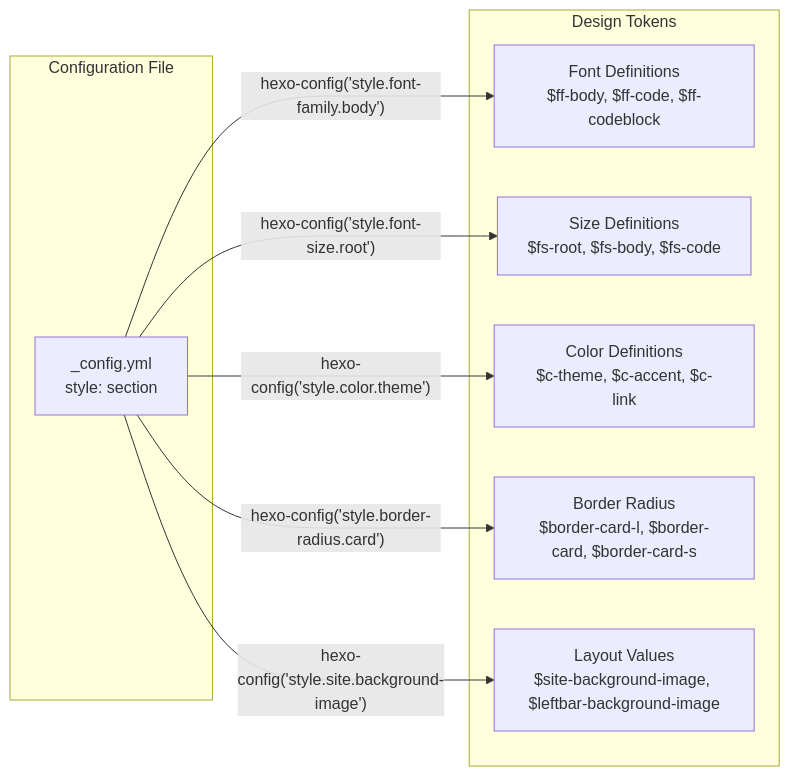
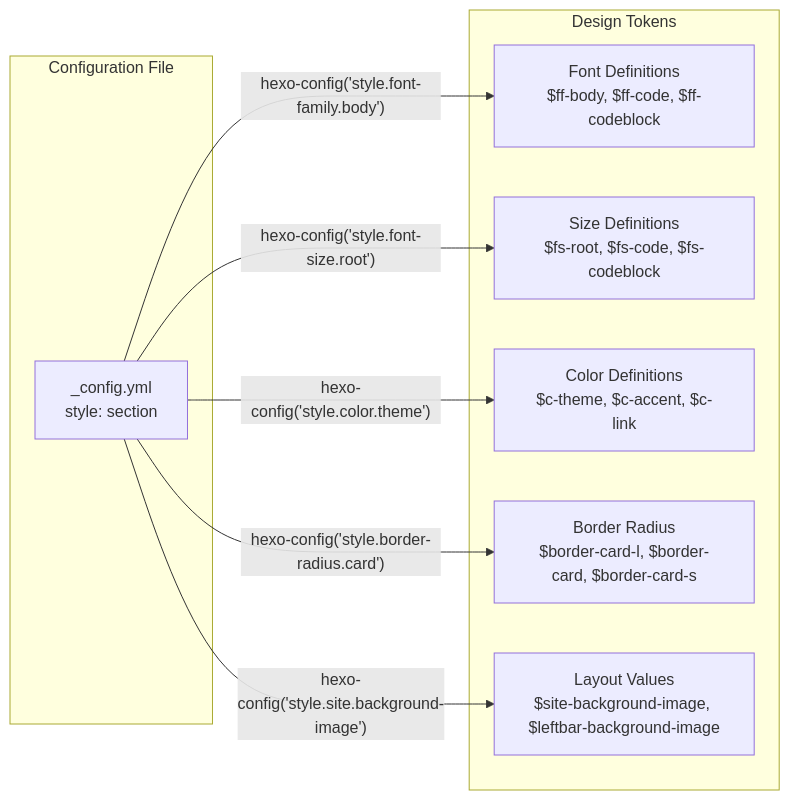
One commit to xaoxuu/hexo-theme-stellar changed the second of 10 diagrams in docs/knowledge/01-样式系统/styling-overview.md. Above: the diagram before and after it, drawn with Mermaid. The commit also changed other lines of this file and 41 other files, not shown here.

````diff
--- a/docs/knowledge/01-样式系统/styling-overview.md
+++ b/docs/knowledge/01-样式系统/styling-overview.md
@@ -109,20 +109,20 @@
 ```mermaid
 graph LR
     subgraph "Configuration File"
         YML["_config.yml<br/>style: section"]
     end
     
     subgraph "Design Tokens"
         FONT["Font Definitions<br/>$ff-body, $ff-code, $ff-codeblock"]
-        SIZE["Size Definitions<br/>$fs-root, $fs-body, $fs-code"]
+        SIZE["Size Definitions<br/>$fs-root, $fs-code, $fs-codeblock"]
         COLOR["Color Definitions<br/>$c-theme, $c-accent, $c-link"]
         RADIUS["Border Radius<br/>$border-card-l, $border-card, $border-card-s"]
         LAYOUT["Layout Values<br/>$site-background-image, $leftbar-background-image"]
     end
     
     YML -->|"hexo-config('style.font-family.body')"| FONT
     YML -->|"hexo-config('style.font-size.root')"| SIZE
     YML -->|"hexo-config('style.color.theme')"| COLOR
     YML -->|"hexo-config('style.border-radius.card')"| RADIUS
     YML -->|"hexo-config('style.site.background-image')"| LAYOUT
 ```
````
